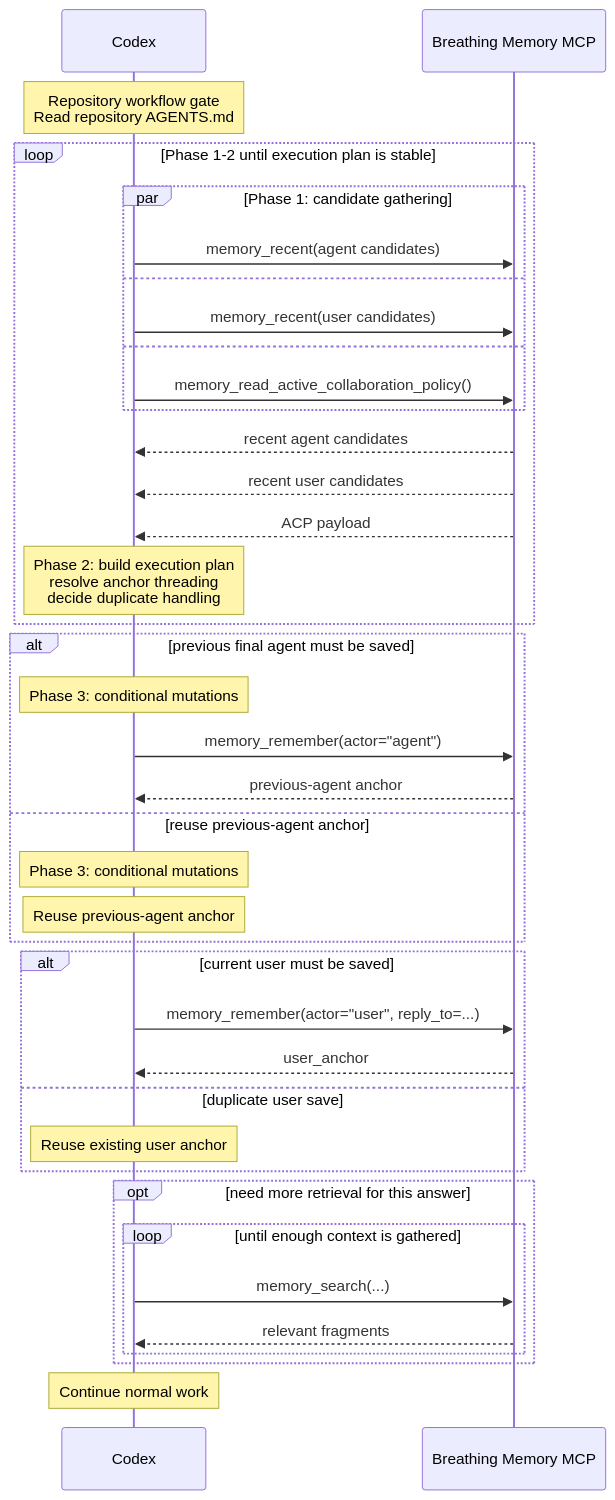
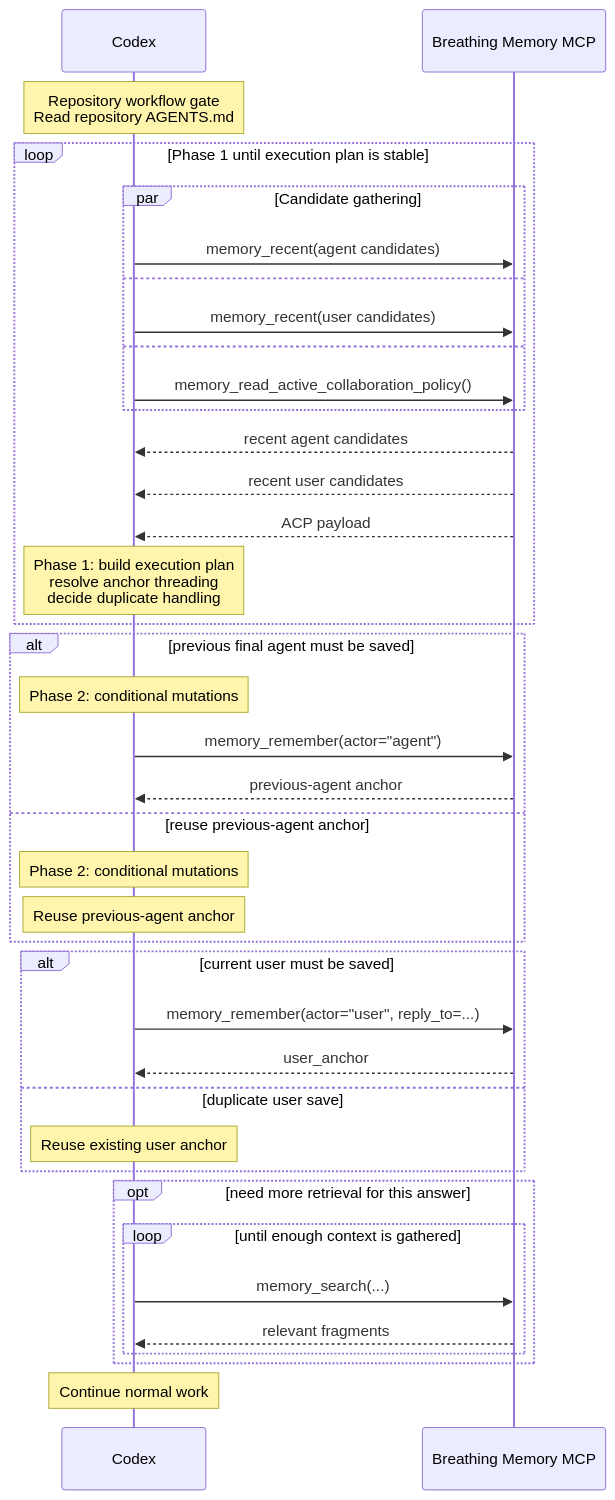
One commit to KazinaG/breathing_memory changed the first of 2 diagrams in docs/mcp-turn-flows.md. Above: the diagram before and after it, drawn with Mermaid. The commit also changed other lines of this file, not shown here.

Commit message:
docs: simplify turn-flow phases and subgraph edges

````diff
--- a/docs/mcp-turn-flows.md
+++ b/docs/mcp-turn-flows.md
@@ -20,48 +20,48 @@
 ```mermaid
 sequenceDiagram
     participant Codex
     participant BM as Breathing Memory MCP
 
     Note over Codex: Repository workflow gate<br/>Read repository AGENTS.md
 
-    loop Phase 1-2 until execution plan is stable
-        par Phase 1: candidate gathering
+    loop Phase 1 until execution plan is stable
+        par Candidate gathering
             Codex->>BM: memory_recent(agent candidates)
         and
             Codex->>BM: memory_recent(user candidates)
         and
             Codex->>BM: memory_read_active_collaboration_policy()
         end
 
         BM-->>Codex: recent agent candidates
         BM-->>Codex: recent user candidates
         BM-->>Codex: ACP payload
 
-        Note over Codex: Phase 2: build execution plan<br/>resolve anchor threading<br/>decide duplicate handling
+        Note over Codex: Phase 1: build execution plan<br/>resolve anchor threading<br/>decide duplicate handling
     end
 
     alt previous final agent must be saved
-        Note over Codex: Phase 3: conditional mutations
+        Note over Codex: Phase 2: conditional mutations
         Codex->>BM: memory_remember(actor="agent")
         BM-->>Codex: previous-agent anchor
     else reuse previous-agent anchor
-        Note over Codex: Phase 3: conditional mutations
+        Note over Codex: Phase 2: conditional mutations
         Note over Codex: Reuse previous-agent anchor
     end
 
     alt current user must be saved
         Codex->>BM: memory_remember(actor="user", reply_to=...)
         BM-->>Codex: user_anchor
     else duplicate user save
         Note over Codex: Reuse existing user anchor
     end
 
     opt need more retrieval for this answer
         loop until enough context is gathered
             Codex->>BM: memory_search(...)
             BM-->>Codex: relevant fragments
         end
     end
 
     Note over Codex: Continue normal work
 ```
````
